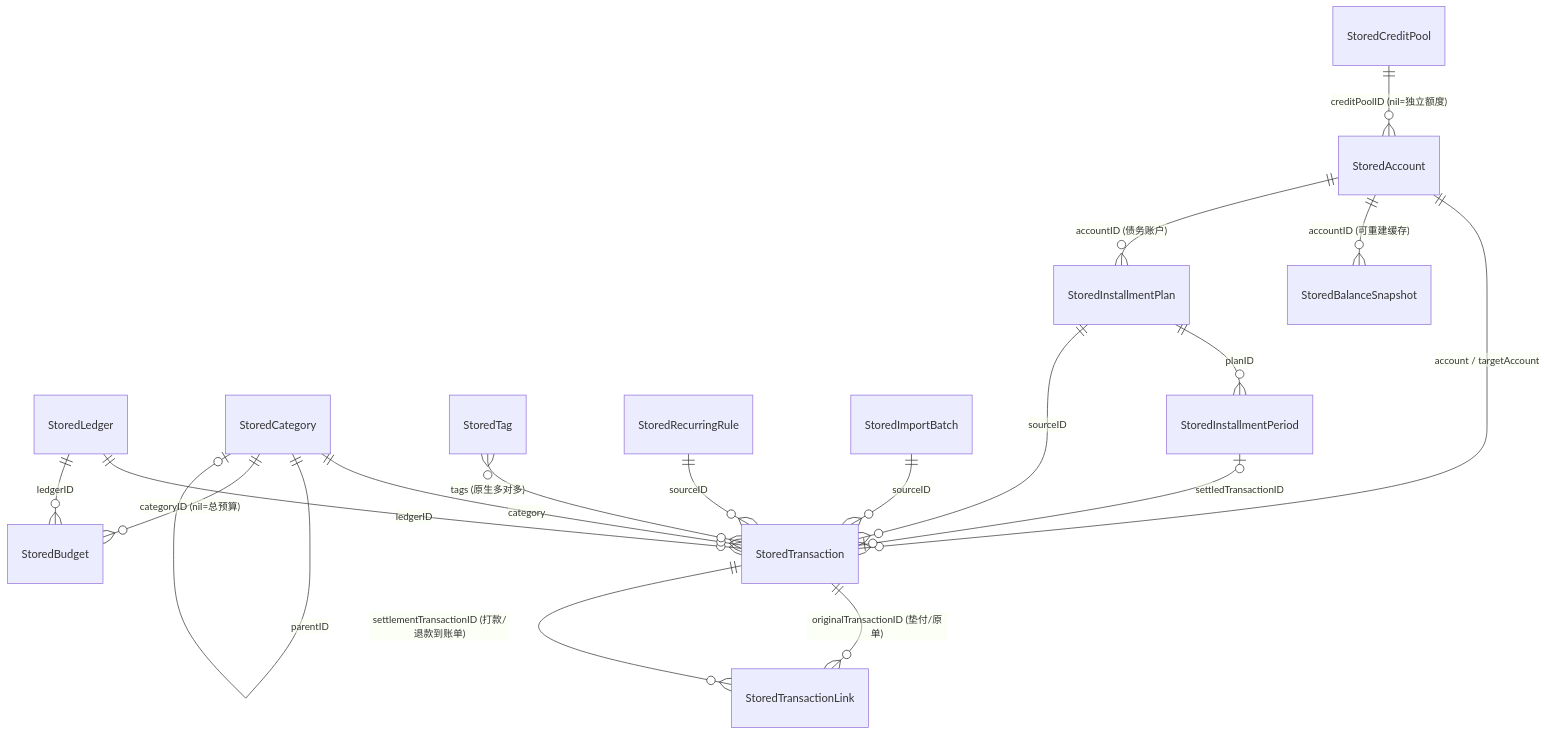
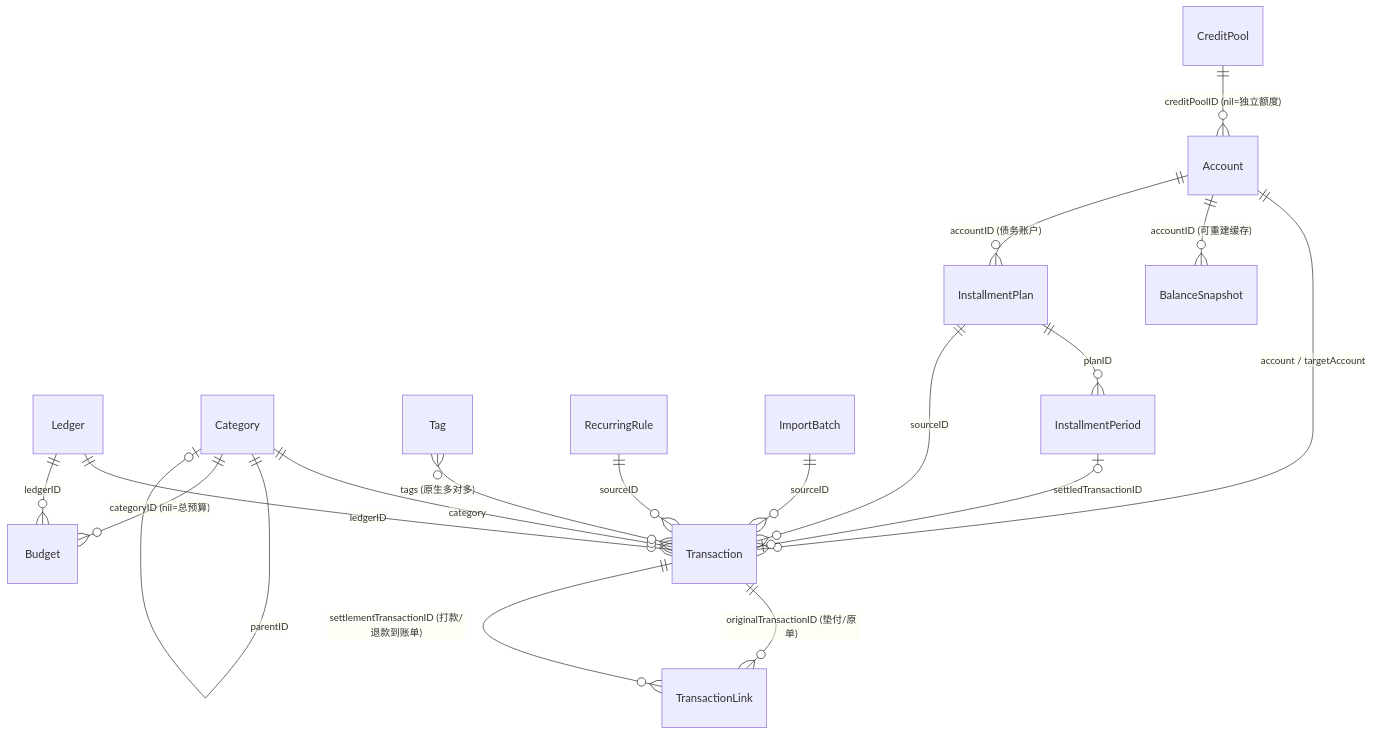
The diagram in docs/数据库设计文档.md (hoobnn/zanzan), drawn with Mermaid before and after one commit. The commit also changed other lines of this file and 4 other files, not shown here.

````diff
--- a/docs/数据库设计文档.md
+++ b/docs/数据库设计文档.md
@@ -434,20 +434,20 @@
 ```mermaid
 erDiagram
-    StoredLedger ||--o{ StoredTransaction : "ledgerID"
-    StoredLedger ||--o{ StoredBudget : "ledgerID"
-    StoredCategory ||--o{ StoredTransaction : "category"
-    StoredCategory ||--o| StoredCategory : "parentID"
-    StoredCategory ||--o{ StoredBudget : "categoryID (nil=总预算)"
-    StoredAccount ||--o{ StoredTransaction : "account / targetAccount"
-    StoredAccount ||--o{ StoredBalanceSnapshot : "accountID (可重建缓存)"
-    StoredCreditPool ||--o{ StoredAccount : "creditPoolID (nil=独立额度)"
-    StoredTag }o--o{ StoredTransaction : "tags (原生多对多)"
-    StoredTransaction ||--o{ StoredTransactionLink : "originalTransactionID (垫付/原单)"
-    StoredTransaction ||--o{ StoredTransactionLink : "settlementTransactionID (打款/退款到账单)"
-    StoredRecurringRule ||--o{ StoredTransaction : "sourceID"
-    StoredImportBatch ||--o{ StoredTransaction : "sourceID"
-    StoredAccount ||--o{ StoredInstallmentPlan : "accountID (债务账户)"
-    StoredInstallmentPlan ||--o{ StoredInstallmentPeriod : "planID"
-    StoredInstallmentPlan ||--o{ StoredTransaction : "sourceID"
-    StoredInstallmentPeriod |o--o| StoredTransaction : "settledTransactionID"
+    Ledger ||--o{ Transaction : "ledgerID"
+    Ledger ||--o{ Budget : "ledgerID"
+    Category ||--o{ Transaction : "category"
+    Category ||--o| Category : "parentID"
+    Category ||--o{ Budget : "categoryID (nil=总预算)"
+    Account ||--o{ Transaction : "account / targetAccount"
+    Account ||--o{ BalanceSnapshot : "accountID (可重建缓存)"
+    CreditPool ||--o{ Account : "creditPoolID (nil=独立额度)"
+    Tag }o--o{ Transaction : "tags (原生多对多)"
+    Transaction ||--o{ TransactionLink : "originalTransactionID (垫付/原单)"
+    Transaction ||--o{ TransactionLink : "settlementTransactionID (打款/退款到账单)"
+    RecurringRule ||--o{ Transaction : "sourceID"
+    ImportBatch ||--o{ Transaction : "sourceID"
+    Account ||--o{ InstallmentPlan : "accountID (债务账户)"
+    InstallmentPlan ||--o{ InstallmentPeriod : "planID"
+    InstallmentPlan ||--o{ Transaction : "sourceID"
+    InstallmentPeriod |o--o| Transaction : "settledTransactionID"
 ```
````
